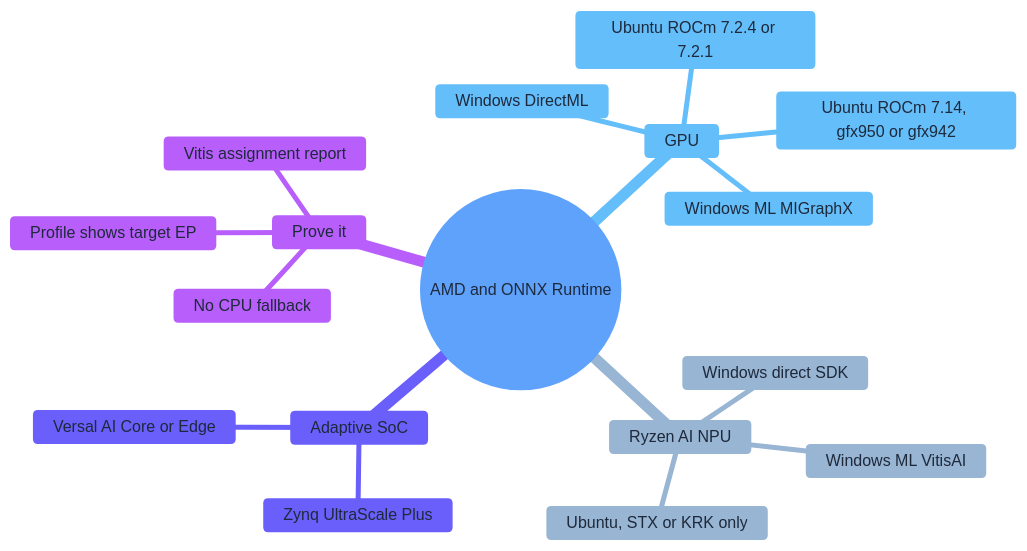
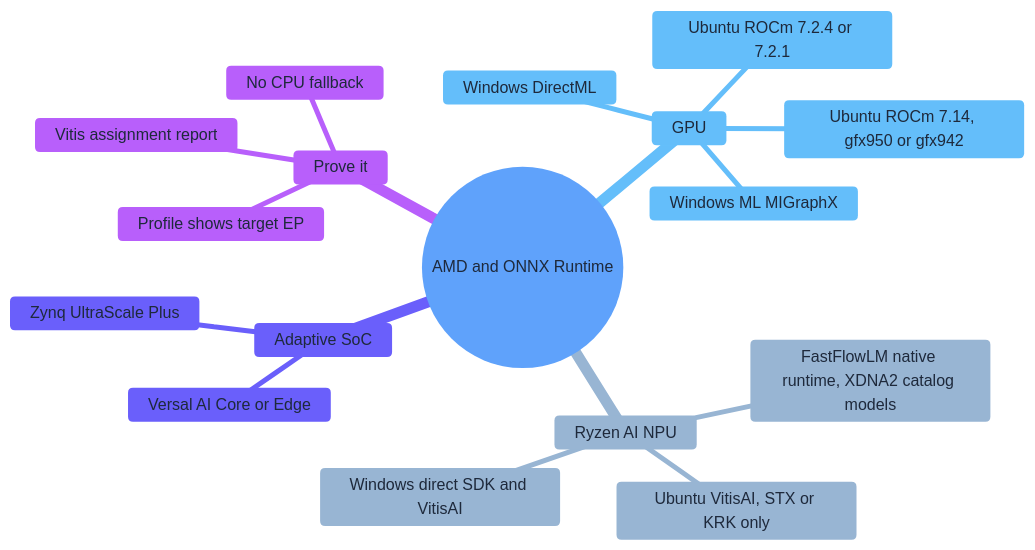
One commit to DakeQQ/Tutorial-ONNX-Runtime-Execution-Providers changed the first of 9 diagrams in AMD/README.md. Above: the diagram before and after it, drawn with Mermaid. The commit also changed other lines of this file and 1 other file, not shown here.

````diff
--- a/AMD/README.md
+++ b/AMD/README.md
@@ -77,21 +83,21 @@
 ```mermaid
 %%{init: {"theme":"base","themeVariables":{"primaryColor":"#dbeafe","primaryTextColor":"#1e293b","primaryBorderColor":"#3b82f6","secondaryColor":"#e0f2fe","secondaryTextColor":"#1e293b","tertiaryColor":"#f1f5f9","tertiaryTextColor":"#1e293b","lineColor":"#94a3b8"},"themeCSS":".mindmap-node text{fill:#1e293b !important;} .mindmap-node span{color:#1e293b !important;}"}}%%
 mindmap
   root((AMD and ONNX Runtime))
     GPU
       Windows DirectML
       Windows ML MIGraphX
       Ubuntu ROCm 7.14, gfx950 or gfx942
       Ubuntu ROCm 7.2.4 or 7.2.1
     Ryzen AI NPU
-      Windows direct SDK
-      Windows ML VitisAI
-      Ubuntu, STX or KRK only
+      FastFlowLM native runtime, XDNA2 catalog models
+      Windows direct SDK and VitisAI
+      Ubuntu VitisAI, STX or KRK only
     Adaptive SoC
       Zynq UltraScale Plus
       Versal AI Core or Edge
     Prove it
       Profile shows target EP
       No CPU fallback
       Vitis assignment report
 ```
````
